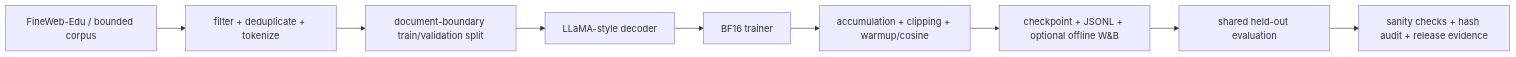
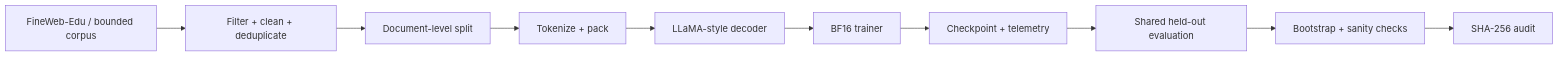
The diagram in README.md (xjy949003794-boop/PretrainLab-X), drawn with Mermaid before and after one commit. The commit also changed other lines of this file and 1 other file, not shown here.

````diff
--- a/README.md
+++ b/README.md
@@ -36,11 +76,12 @@
 ```mermaid
 flowchart LR
-  A[FineWeb-Edu / bounded corpus] --> B[filter + deduplicate + tokenize]
-  B --> C[document-boundary train/validation split]
-  C --> D[LLaMA-style decoder]
-  D --> E[BF16 trainer]
-  E --> F[accumulation + clipping + warmup/cosine]
-  F --> G[checkpoint + JSONL + optional offline W&B]
-  G --> H[shared held-out evaluation]
-  H --> I[sanity checks + hash audit + release evidence]
+    A[FineWeb-Edu / bounded corpus] --> B[Filter + clean + deduplicate]
+    B --> C[Document-level split]
+    C --> D[Tokenize + pack]
+    D --> E[LLaMA-style decoder]
+    E --> F[BF16 trainer]
+    F --> G[Checkpoint + telemetry]
+    G --> H[Shared held-out evaluation]
+    H --> I[Bootstrap + sanity checks]
+    I --> J[SHA-256 audit]
 ```
````
